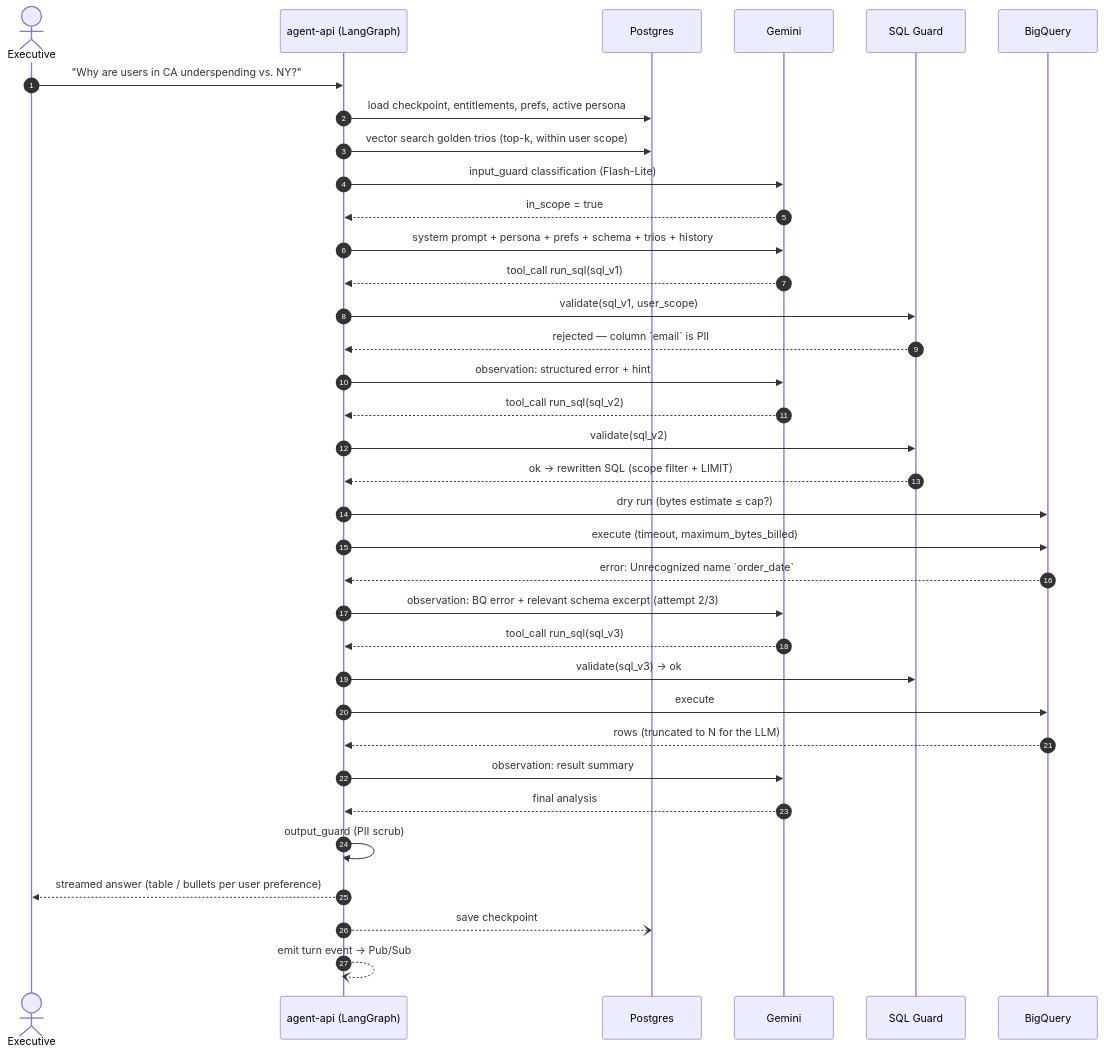
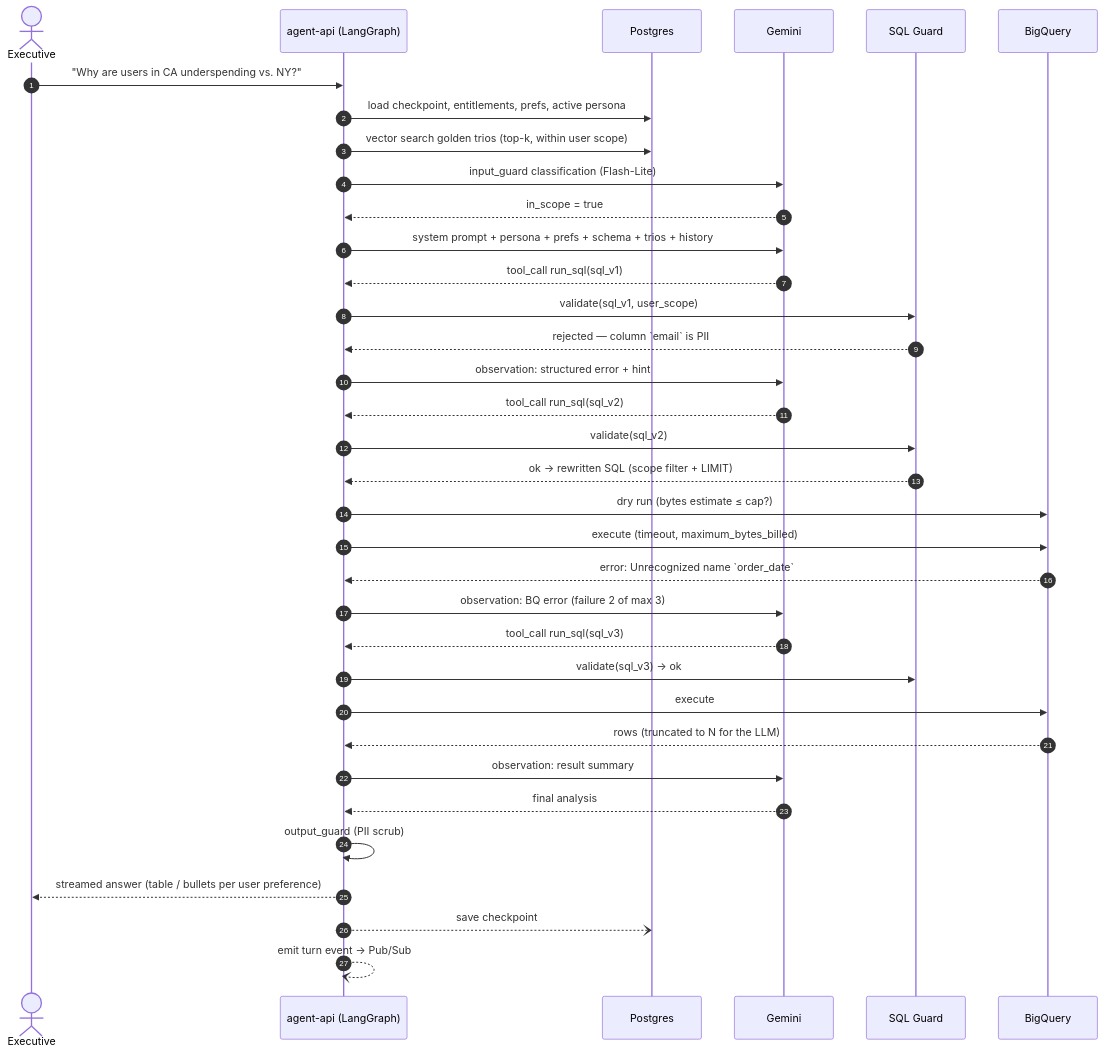
One commit to jbernardobvdias/ai-challange changed the third of 8 diagrams in docs/architecture.md. Above: the diagram before and after it, drawn with Mermaid. The commit also changed other lines of this file and 16 other files, not shown here.

````diff
--- a/docs/architecture.md
+++ b/docs/architecture.md
@@ -181,38 +181,38 @@
 ```mermaid
 sequenceDiagram
     autonumber
     actor U as Executive
     participant API as agent-api (LangGraph)
     participant PG as Postgres
     participant LLM as Gemini
     participant G as SQL Guard
     participant BQ as BigQuery
 
     U->>API: "Why are users in CA underspending vs. NY?"
     API->>PG: load checkpoint, entitlements, prefs, active persona
     API->>PG: vector search golden trios (top-k, within user scope)
     API->>LLM: input_guard classification (Flash-Lite)
     LLM-->>API: in_scope = true
     API->>LLM: system prompt + persona + prefs + schema + trios + history
     LLM-->>API: tool_call run_sql(sql_v1)
     API->>G: validate(sql_v1, user_scope)
     G-->>API: rejected — column `email` is PII
     API->>LLM: observation: structured error + hint
     LLM-->>API: tool_call run_sql(sql_v2)
     API->>G: validate(sql_v2)
     G-->>API: ok → rewritten SQL (scope filter + LIMIT)
     API->>BQ: dry run (bytes estimate ≤ cap?)
     API->>BQ: execute (timeout, maximum_bytes_billed)
     BQ-->>API: error: Unrecognized name `order_date`
-    API->>LLM: observation: BQ error + relevant schema excerpt (attempt 2/3)
+    API->>LLM: observation: BQ error (failure 2 of max 3)
     LLM-->>API: tool_call run_sql(sql_v3)
     API->>G: validate(sql_v3) → ok
     API->>BQ: execute
     BQ-->>API: rows (truncated to N for the LLM)
     API->>LLM: observation: result summary
     LLM-->>API: final analysis
     API->>API: output_guard (PII scrub)
     API-->>U: streamed answer (table / bullets per user preference)
     API--)PG: save checkpoint
     API--)API: emit turn event → Pub/Sub
 ```
````
